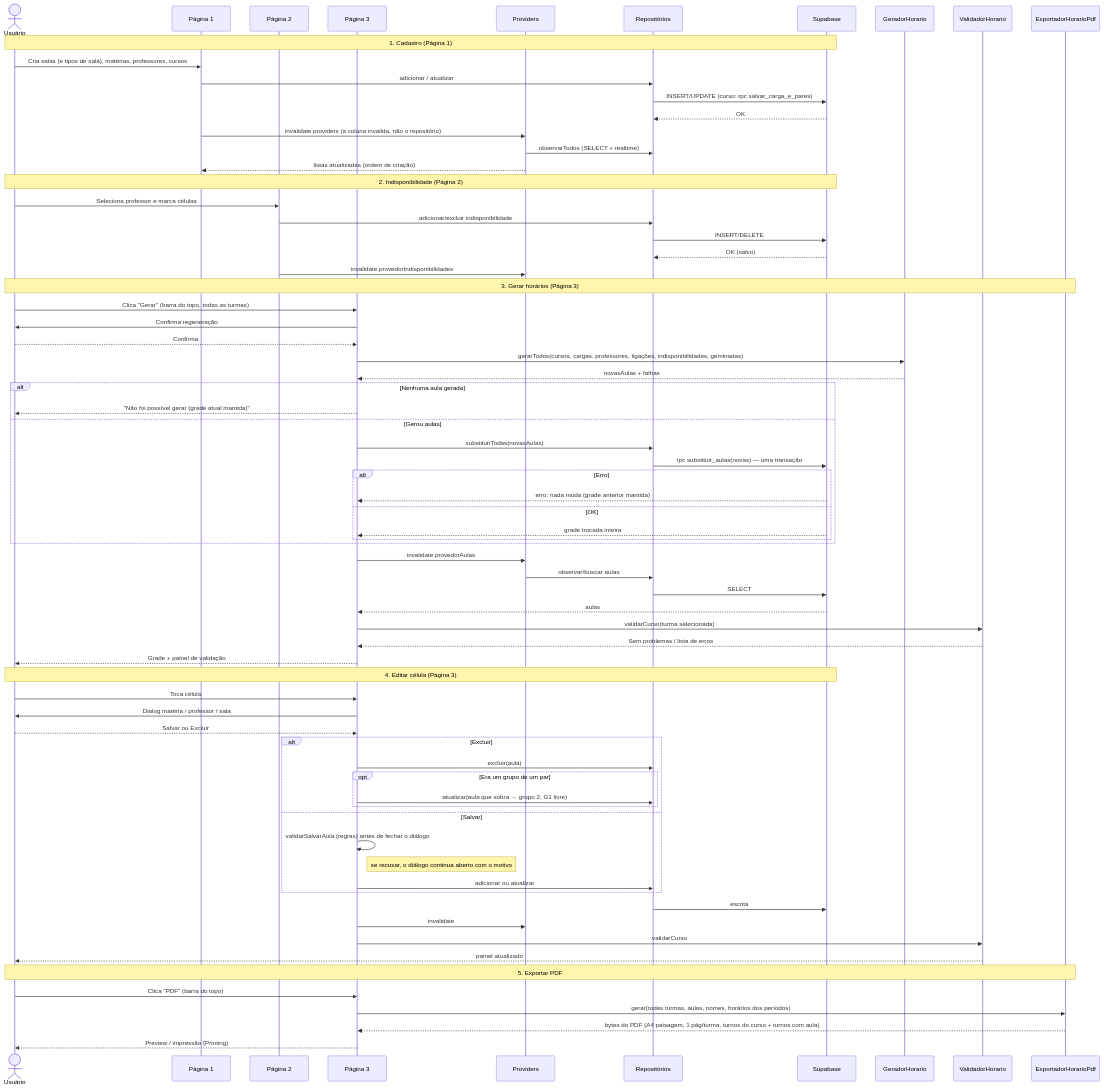
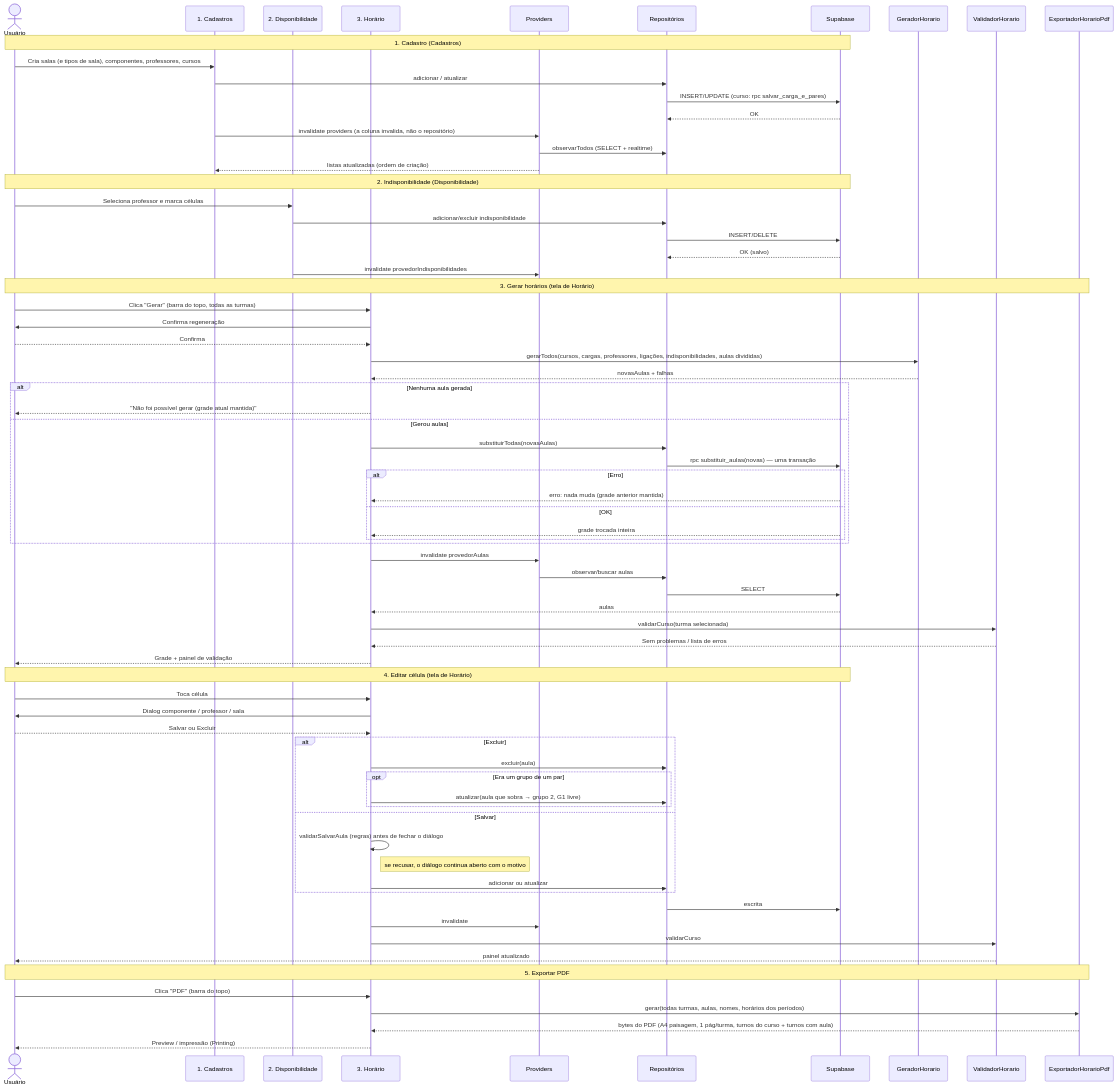
One commit to JoaoAmorimParanhos/newTCC changed the first of 3 diagrams in docs/diagramas_sequencia.md. Above: the diagram before and after it, drawn with Mermaid. The commit also changed other lines of this file and 58 other files, not shown here.

````diff
--- a/docs/diagramas_sequencia.md
+++ b/docs/diagramas_sequencia.md
@@ -9,79 +9,79 @@
 ```mermaid
 sequenceDiagram
     actor U as Usuário
-    participant P1 as Página 1
-    participant P2 as Página 2
-    participant P3 as Página 3
+    participant P1 as 1. Cadastros
+    participant P2 as 2. Disponibilidade
+    participant P3 as 3. Horário
     participant Prov as Providers
     participant Repo as Repositórios
     participant SB as Supabase
     participant Ger as GeradorHorario
     participant Val as ValidadorHorario
     participant PDF as ExportadorHorarioPdf
 
-    Note over U,SB: 1. Cadastro (Página 1)
-    U->>P1: Cria salas (e tipos de sala), matérias, professores, cursos
+    Note over U,SB: 1. Cadastro (Cadastros)
+    U->>P1: Cria salas (e tipos de sala), componentes, professores, cursos
     P1->>Repo: adicionar / atualizar
     Repo->>SB: INSERT/UPDATE (curso: rpc salvar_carga_e_pares)
     SB-->>Repo: OK
     P1->>Prov: invalidate providers (a coluna invalida, não o repositório)
     Prov->>Repo: observarTodos (SELECT + realtime)
     Prov-->>P1: listas atualizadas (ordem de criação)
 
-    Note over U,SB: 2. Indisponibilidade (Página 2)
+    Note over U,SB: 2. Indisponibilidade (Disponibilidade)
     U->>P2: Seleciona professor e marca células
     P2->>Repo: adicionar/excluir indisponibilidade
     Repo->>SB: INSERT/DELETE
     SB-->>Repo: OK (salvo)
     P2->>Prov: invalidate provedorIndisponibilidades
 
-    Note over U,PDF: 3. Gerar horários (Página 3)
+    Note over U,PDF: 3. Gerar horários (tela de Horário)
     U->>P3: Clica "Gerar" (barra do topo, todas as turmas)
     P3->>U: Confirma regeneração
     U-->>P3: Confirma
-    P3->>Ger: gerarTodos(cursos, cargas, professores, ligações, indisponibilidades, geminadas)
+    P3->>Ger: gerarTodos(cursos, cargas, professores, ligações, indisponibilidades, aulas divididas)
     Ger-->>P3: novasAulas + falhas
     alt Nenhuma aula gerada
         P3-->>U: "Não foi possível gerar (grade atual mantida)"
     else Gerou aulas
         P3->>Repo: substituirTodas(novasAulas)
         Repo->>SB: rpc substituir_aulas(novas) — uma transação
         alt Erro
             SB-->>P3: erro: nada muda (grade anterior mantida)
         else OK
             SB-->>P3: grade trocada inteira
         end
     end
     P3->>Prov: invalidate provedorAulas
     Prov->>Repo: observar/buscar aulas
     Repo->>SB: SELECT
     SB-->>P3: aulas
     P3->>Val: validarCurso(turma selecionada)
     Val-->>P3: Sem problemas / lista de erros
     P3-->>U: Grade + painel de validação
 
-    Note over U,SB: 4. Editar célula (Página 3)
+    Note over U,SB: 4. Editar célula (tela de Horário)
     U->>P3: Toca célula
-    P3->>U: Dialog matéria / professor / sala
+    P3->>U: Dialog componente / professor / sala
     U-->>P3: Salvar ou Excluir
     alt Excluir
         P3->>Repo: excluir(aula)
         opt Era um grupo de um par
             P3->>Repo: atualizar(aula que sobra → grupo 2, G1 livre)
         end
     else Salvar
         P3->>P3: validarSalvarAula (regras) antes de fechar o diálogo
         Note right of P3: se recusar, o diálogo continua aberto com o motivo
         P3->>Repo: adicionar ou atualizar
     end
     Repo->>SB: escrita
     P3->>Prov: invalidate
     P3->>Val: validarCurso
     Val-->>U: painel atualizado
 
     Note over U,PDF: 5. Exportar PDF
     U->>P3: Clica "PDF" (barra do topo)
     P3->>PDF: gerar(todas turmas, aulas, nomes, horários dos períodos)
     PDF-->>P3: bytes do PDF (A4 paisagem, 1 pág/turma, turnos do curso + turnos com aula)
     P3-->>U: Preview / impressão (Printing)
 ```
````
